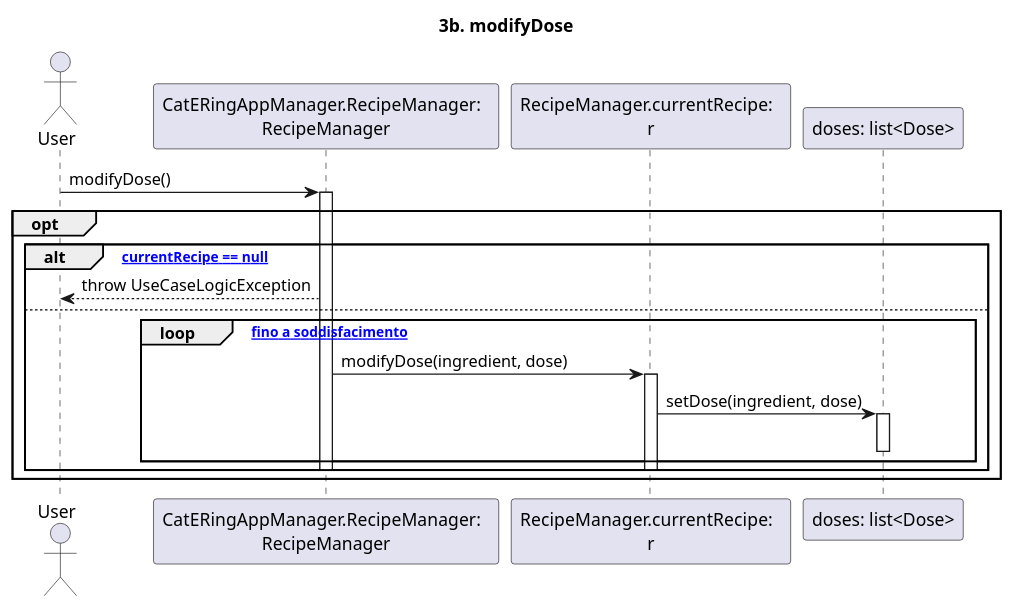
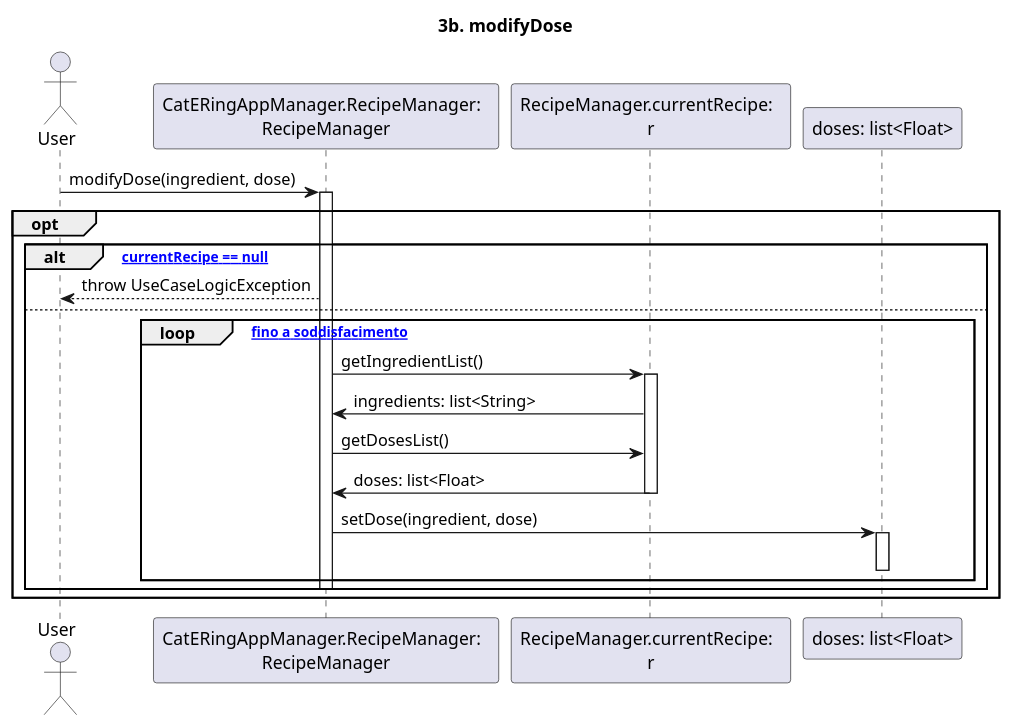
Before and after one commit to m0canu1/sas: the diagram in dsd/dsd-ricette/estensioni/3b-modifyDose.md, drawn with PlantUML. The commit also changed 8 other files, not shown here.

````diff
--- a/dsd/dsd-ricette/estensioni/3b-modifyDose.md
+++ b/dsd/dsd-ricette/estensioni/3b-modifyDose.md
@@ -1,28 +1,34 @@
 ```plantuml
 
 title: 3b. modifyDose
 
 Actor User
 Participant "CatERingAppManager.RecipeManager:  \nRecipeManager" as RM
 Participant "RecipeManager.currentRecipe:  \nr" as CR
 
-User -> RM: modifyDose()
+User -> RM: modifyDose(ingredient, dose)
 Activate RM
 opt
 	alt ["currentRecipe == null"]
 		RM --> User: throw UseCaseLogicException
 	else 
 		loop ["fino a soddisfacimento"]
+        
 
-		RM -> CR: modifyDose(ingredient, dose)
-		Activate CR
-			CR -> "doses: list<Dose>": setDose(ingredient, dose)
-			Activate "doses: list<Dose>"
-			Deactivate "doses: list<Dose>"
+		RM -> CR: getIngredientList()
+        Activate CR
+        CR -> RM: ingredients: list<String>
+
+		RM -> CR: getDosesList()
+        CR -> RM: doses: list<Float>
+       	Deactivate CR		
+			RM -> "doses: list<Float>": setDose(ingredient, dose)
+			Activate "doses: list<Float>"
+			Deactivate "doses: list<Float>"
 		end
 
-		Deactivate CR
+	
 		Deactivate RM
 	end
 end
 ```
````
